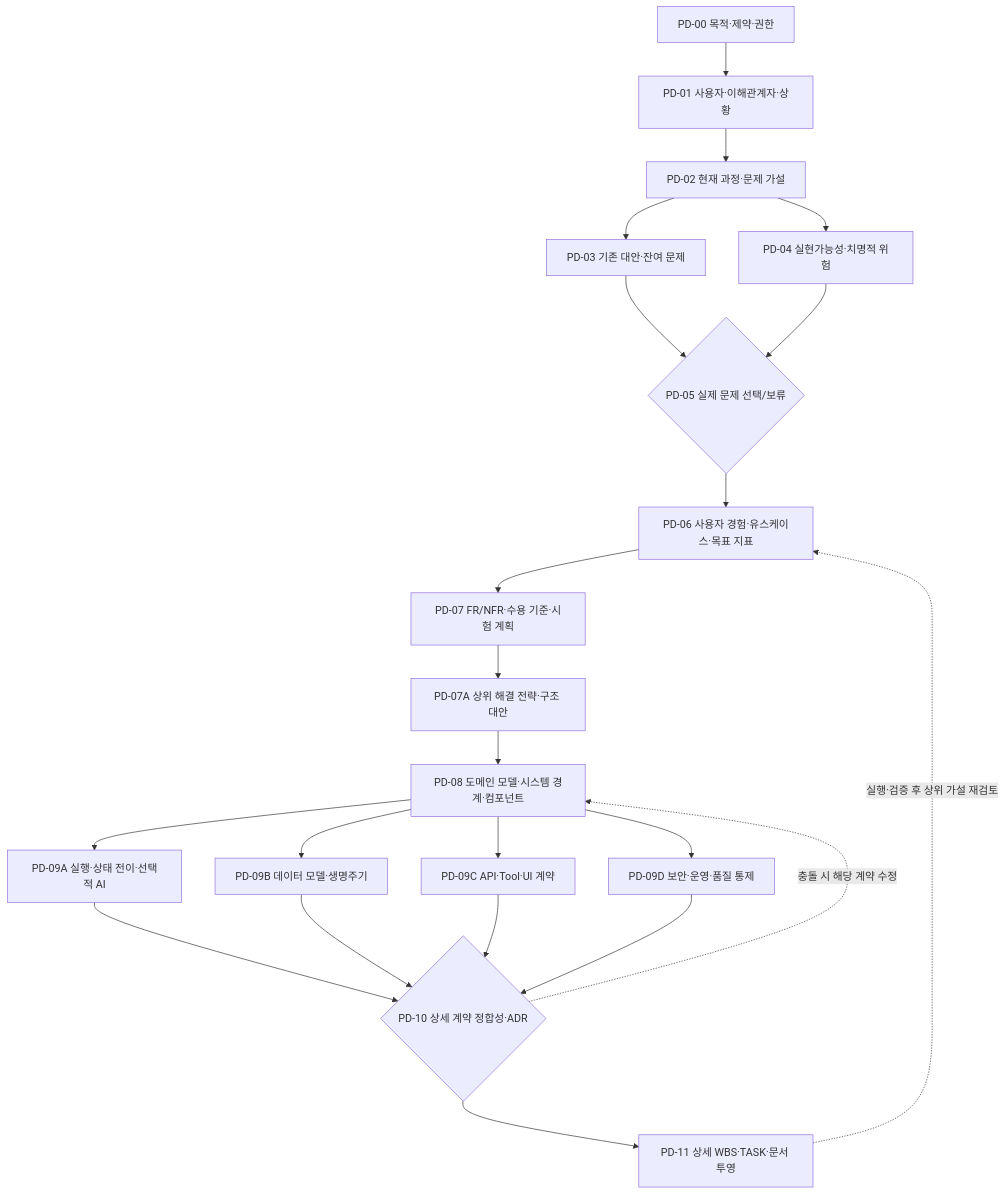
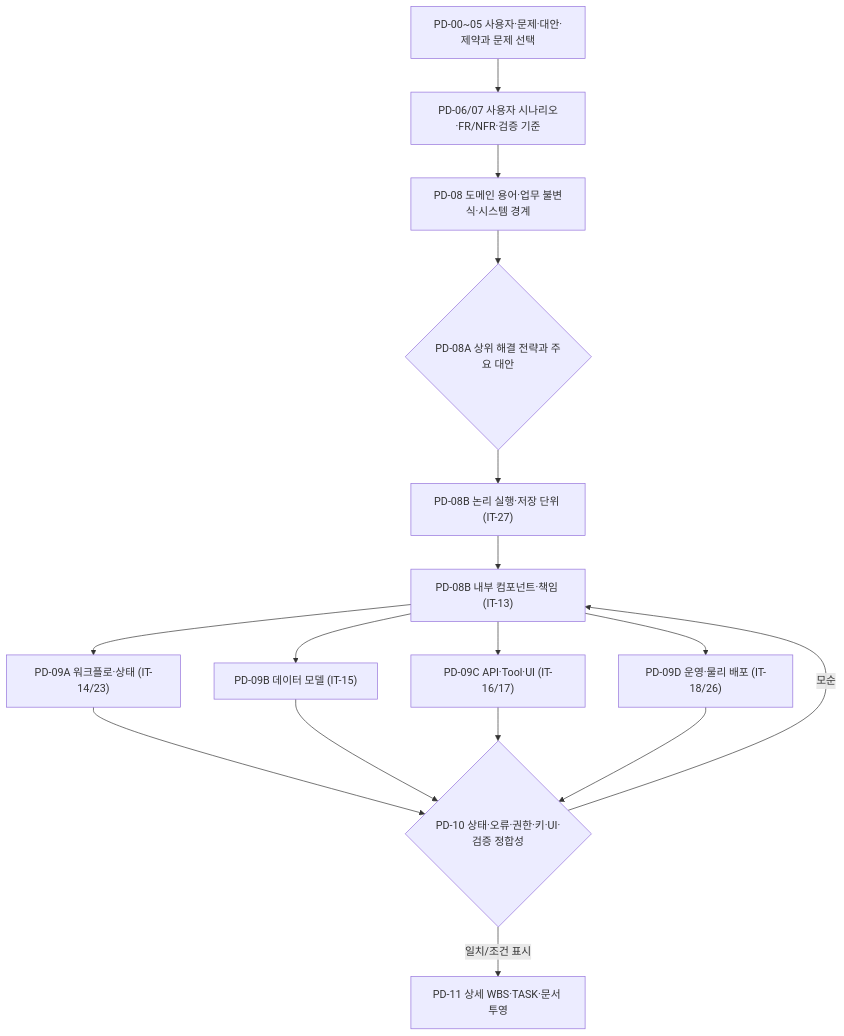
Before and after one commit to ik-e/chaja-you: the diagram in docs/deliverables/PLANNING-DESIGN-INFO-MODEL.md, drawn with Mermaid. The commit also changed other lines of this file, not shown here.

Commit message:
docs(R01): align planning design overview with V3 progressive and precise component sequence

````diff
--- a/docs/deliverables/PLANNING-DESIGN-INFO-MODEL.md
+++ b/docs/deliverables/PLANNING-DESIGN-INFO-MODEL.md
@@ -11,24 +13,26 @@
 ```mermaid
 flowchart TD
-  A["PD-00 목적·제약·권한"] --> B["PD-01 사용자·이해관계자·상황"]
-  B --> C["PD-02 현재 과정·문제 가설"]
-  C --> D["PD-03 기존 대안·잔여 문제"]
-  C --> E["PD-04 실현가능성·치명적 위험"]
-  D --> F{"PD-05 실제 문제 선택/보류"}
-  E --> F
-  F --> G["PD-06 사용자 경험·유스케이스·목표 지표"]
-  G --> H["PD-07 FR/NFR·수용 기준·시험 계획"]
-  H --> I["PD-07A 상위 해결 전략·구조 대안"]
-  I --> J["PD-08 도메인 모델·시스템 경계·컴포넌트"]
-  J --> K["PD-09A 실행·상태 전이·선택적 AI"]
-  J --> L["PD-09B 데이터 모델·생명주기"]
-  J --> M["PD-09C API·Tool·UI 계약"]
-  J --> N["PD-09D 보안·운영·품질 통제"]
-  K --> O{"PD-10 상세 계약 정합성·ADR"}
-  L --> O
-  M --> O
-  N --> O
-  O --> P["PD-11 상세 WBS·TASK·문서 투영"]
-  O -. "충돌 시 해당 계약 수정" .-> J
-  P -. "실행·검증 후 상위 가설 재검토" .-> G
+  A["PD-00~05 사용자·문제·대안·제약과 문제 선택"]
+  B["PD-06/07 사용자 시나리오·FR/NFR·검증 기준"]
+  C["PD-08 도메인 용어·업무 불변식·시스템 경계"]
+  D{"PD-08A 상위 해결 전략과 주요 대안"}
+  E["PD-08B 논리 실행·저장 단위 (IT-27)"]
+  F["PD-08B 내부 컴포넌트·책임 (IT-13)"]
+  G["PD-09A 워크플로·상태 (IT-14/23)"]
+  H["PD-09B 데이터 모델 (IT-15)"]
+  I["PD-09C API·Tool·UI (IT-16/17)"]
+  J["PD-09D 운영·물리 배포 (IT-18/26)"]
+  K{"PD-10 상태·오류·권한·키·UI·검증 정합성"}
+  L["PD-11 상세 WBS·TASK·문서 투영"]
+  A --> B --> C --> D --> E --> F
+  F --> G
+  F --> H
+  F --> I
+  F --> J
+  G --> K
+  H --> K
+  I --> K
+  J --> K
+  K -->|"모순"| F
+  K -->|"일치/조건 표시"| L
 ```
````
